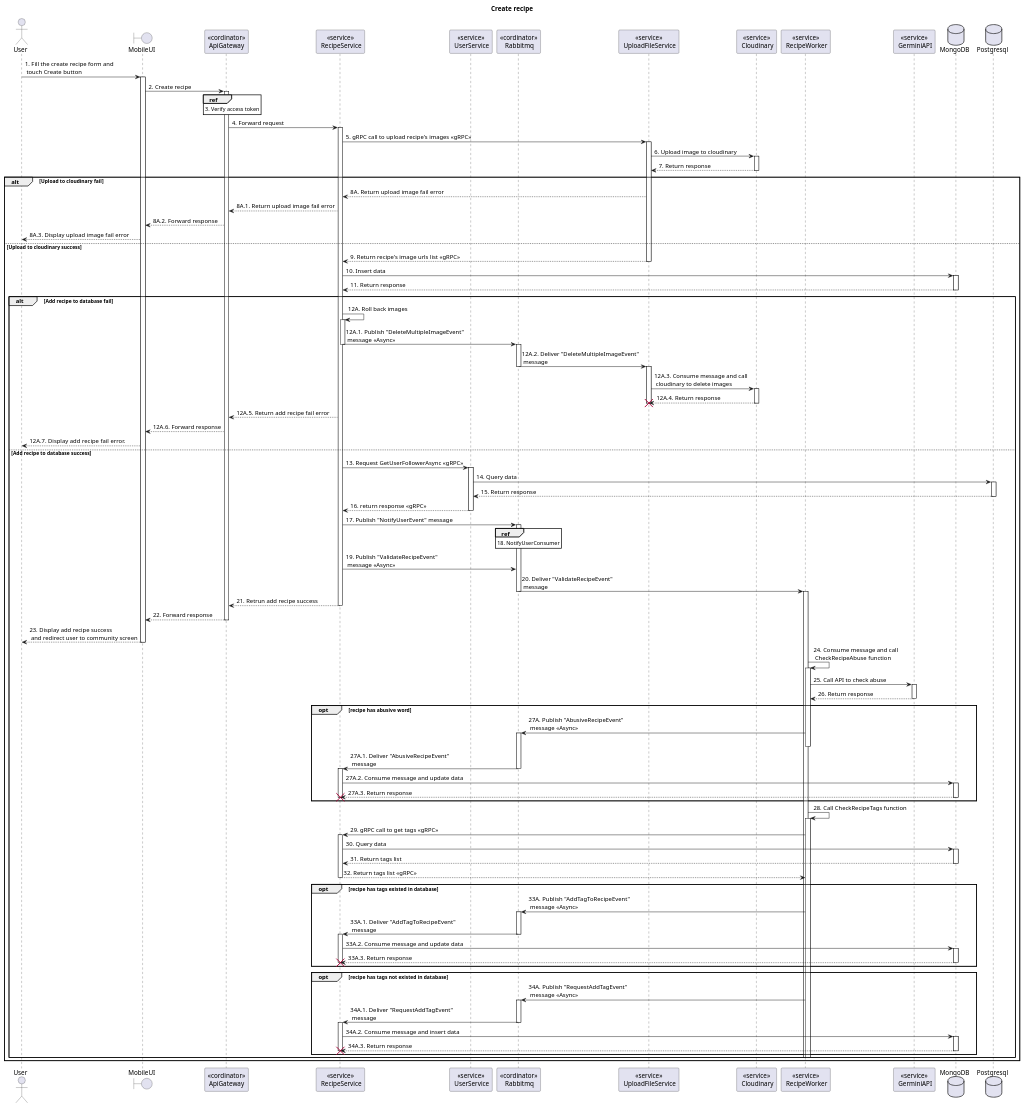
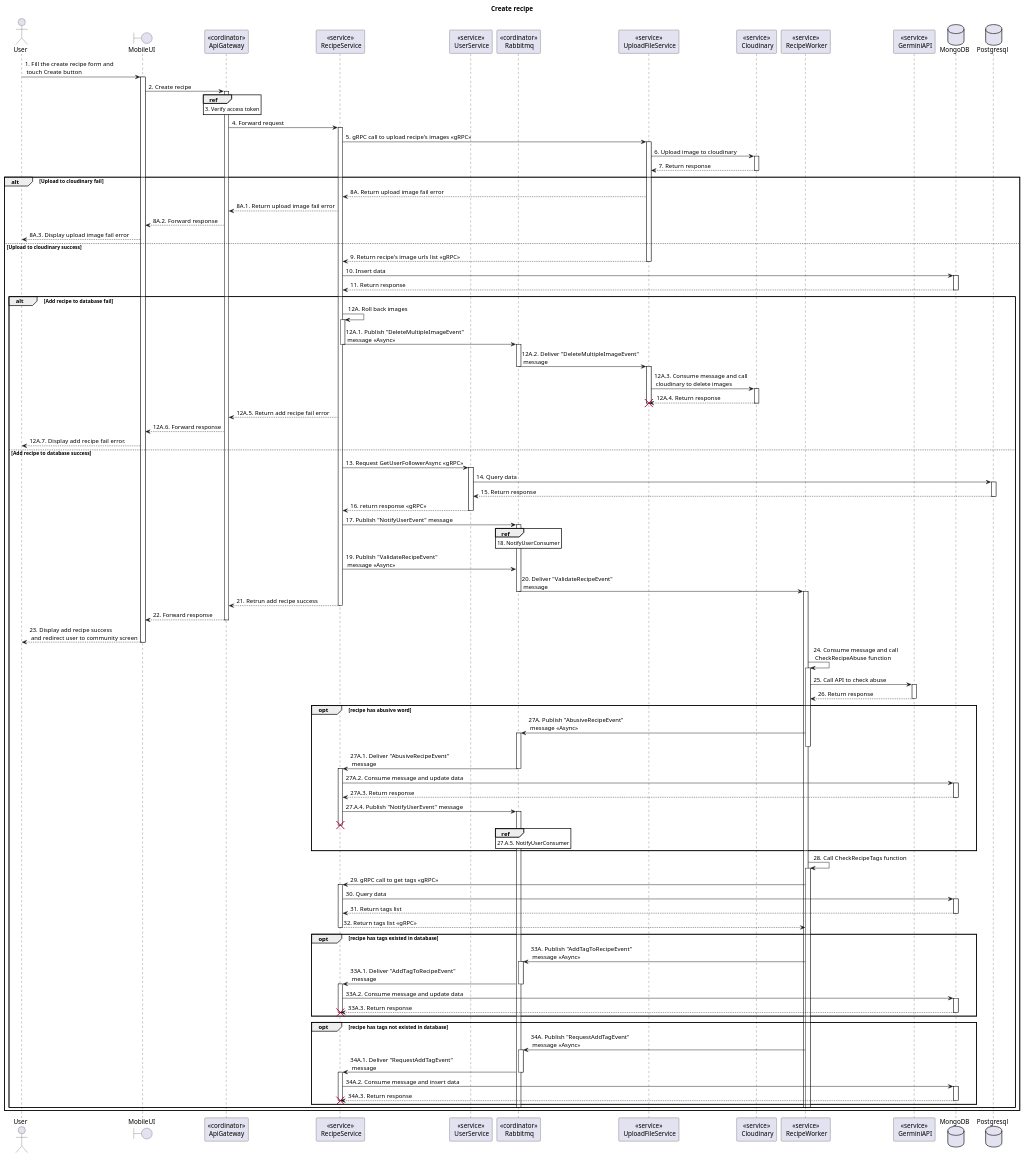
The diagram in doc/SDS/Recipe/User/Create recipe/Sequence.plantuml (Carl-Johnsons/tastopia), drawn with PlantUML before and after one commit. The commit also changed 8 other files, not shown here.

Commit message:
doc: add notify user event to some class and sequence diagram

```diff
--- a/doc/SDS/Recipe/User/Create recipe/Sequence.plantuml
+++ b/doc/SDS/Recipe/User/Create recipe/Sequence.plantuml
@@ -1,129 +1,131 @@
 @startuml Sequence
 title "Create recipe"
 ' Style section
 <style>
   sequenceDiagram {
     reference {
       BackGroundColor white
     }
 }
 </style>
 
 actor User
 boundary MobileUI 
 participant "<<cordinator>>\nApiGateway" as ApiGateway
 participant "<<service>>\n RecipeService" as RecipeService
 participant "<<service>>\n UserService" as UserService
 participant "<<cordinator>>\n Rabbitmq" as Rabbitmq
 participant "<<service>>\n UploadFileService" as UploadFileService
 participant "<<service>>\n Cloudinary" as Cloudinary
 participant "<<service>>\n RecipeWorker" as RecipeWorker
 participant "<<service>>\n GerminiAPI" as GerminiAPI
 database MongoDB
 database Postgresql
 
 User -> MobileUI++: 1. Fill the create recipe form and \n touch Create button
 
 MobileUI -> ApiGateway++: 2. Create recipe
 
 ref over ApiGateway: 3. Verify access token
 
 ApiGateway -> RecipeService++: 4. Forward request
 
 RecipeService -> UploadFileService++: 5. gRPC call to upload recipe's images <<gRPC>>
 UploadFileService -> Cloudinary++: 6. Upload image to cloudinary
 UploadFileService <-- Cloudinary--: 7. Return response
 
 alt Upload to cloudinary fail
     RecipeService <-- UploadFileService: 8A. Return upload image fail error
     ApiGateway <-- RecipeService: 8A.1. Return upload image fail error
     MobileUI <-- ApiGateway: 8A.2. Forward response
     User <-- MobileUI: 8A.3. Display upload image fail error
 else Upload to cloudinary success 
     RecipeService <-- UploadFileService--: 9. Return recipe's image urls list <<gRPC>>
     RecipeService -> MongoDB++: 10. Insert data
     RecipeService <-- MongoDB--: 11. Return response
     alt Add recipe to database fail
         RecipeService -> RecipeService: 12A. Roll back images
         activate RecipeService
         RecipeService -> Rabbitmq: 12A.1. Publish "DeleteMultipleImageEvent" \n message <<Async>>
         deactivate RecipeService
         activate Rabbitmq
         Rabbitmq -> UploadFileService: 12A.2. Deliver "DeleteMultipleImageEvent"\n message
         deactivate Rabbitmq
         activate UploadFileService
         UploadFileService -> Cloudinary++: 12A.3. Consume message and call \n cloudinary to delete images
         UploadFileService <-- Cloudinary--: 12A.4. Return response
         destroy UploadFileService
         deactivate UploadFileService
         ApiGateway <-- RecipeService: 12A.5. Return add recipe fail error
         MobileUI <-- ApiGateway: 12A.6. Forward response
         User <-- MobileUI: 12A.7. Display add recipe fail error.
     else Add recipe to database success
         RecipeService -> UserService++: 13. Request GetUserFollowerAsync <<gRPC>>
         UserService -> Postgresql++: 14. Query data
         UserService <-- Postgresql--: 15. Return response
         RecipeService <-- UserService--: 16. return response <<gRPC>>
 
         RecipeService -> Rabbitmq++: 17. Publish "NotifyUserEvent" message
         ref over Rabbitmq: 18. NotifyUserConsumer
 
         RecipeService -> Rabbitmq: 19. Publish "ValidateRecipeEvent" \n message <<Async>>
         Rabbitmq -> RecipeWorker: 20. Deliver "ValidateRecipeEvent"\n message
         deactivate Rabbitmq
         activate RecipeWorker
         ApiGateway <-- RecipeService--: 21. Retrun add recipe success
         MobileUI <-- ApiGateway--: 22. Forward response
         User <-- MobileUI--: 23. Display add recipe success\n and redirect user to community screen
 
         RecipeWorker -> RecipeWorker: 24. Consume message and call \n CheckRecipeAbuse function
         activate RecipeWorker
         RecipeWorker -> GerminiAPI++: 25. Call API to check abuse
         RecipeWorker <-- GerminiAPI--: 26. Return response
 
         opt recipe has abusive word
             RecipeWorker -> Rabbitmq++: 27A. Publish "AbusiveRecipeEvent" \n message <<Async>>
             deactivate RecipeWorker
             Rabbitmq -> RecipeService: 27A.1. Deliver "AbusiveRecipeEvent"\n message
             deactivate Rabbitmq
             activate RecipeService
             RecipeService -> MongoDB++: 27A.2. Consume message and update data
             RecipeService <-- MongoDB--: 27A.3. Return response
+            RecipeService -> Rabbitmq++: 27.A.4. Publish "NotifyUserEvent" message
+            ref over Rabbitmq: 27.A.5. NotifyUserConsumer
             destroy RecipeService
             deactivate RecipeService
         end opt
 
         RecipeWorker -> RecipeWorker++: 28. Call CheckRecipeTags function
         RecipeWorker -> RecipeService++: 29. gRPC call to get tags <<gRPC>>
         RecipeService -> MongoDB++: 30. Query data
         RecipeService <-- MongoDB--: 31. Return tags list
         RecipeWorker <-- RecipeService--: 32. Return tags list <<gRPC>>
         opt recipe has tags existed in database
             RecipeWorker -> Rabbitmq++: 33A. Publish "AddTagToRecipeEvent" \n message <<Async>>
             Rabbitmq -> RecipeService: 33A.1. Deliver "AddTagToRecipeEvent"\n message
             deactivate Rabbitmq
             activate RecipeService
             RecipeService -> MongoDB++: 33A.2. Consume message and update data
             RecipeService <-- MongoDB--: 33A.3. Return response
             destroy RecipeService
 
             deactivate RecipeService
         end opt
 
         opt recipe has tags not existed in database
             RecipeWorker -> Rabbitmq++: 34A. Publish "RequestAddTagEvent" \n message <<Async>>
             Rabbitmq -> RecipeService: 34A.1. Deliver "RequestAddTagEvent"\n message
             deactivate Rabbitmq
             activate RecipeService
             RecipeService -> MongoDB++: 34A.2. Consume message and insert data
             RecipeService <-- MongoDB--: 34A.3. Return response
             destroy RecipeService
-
             deactivate RecipeService
         end opt
+        deactivate Rabbitmq
         deactivate RecipeWorker
         deactivate RecipeWorker
     end alt
 end alt
 
 @enduml
```
